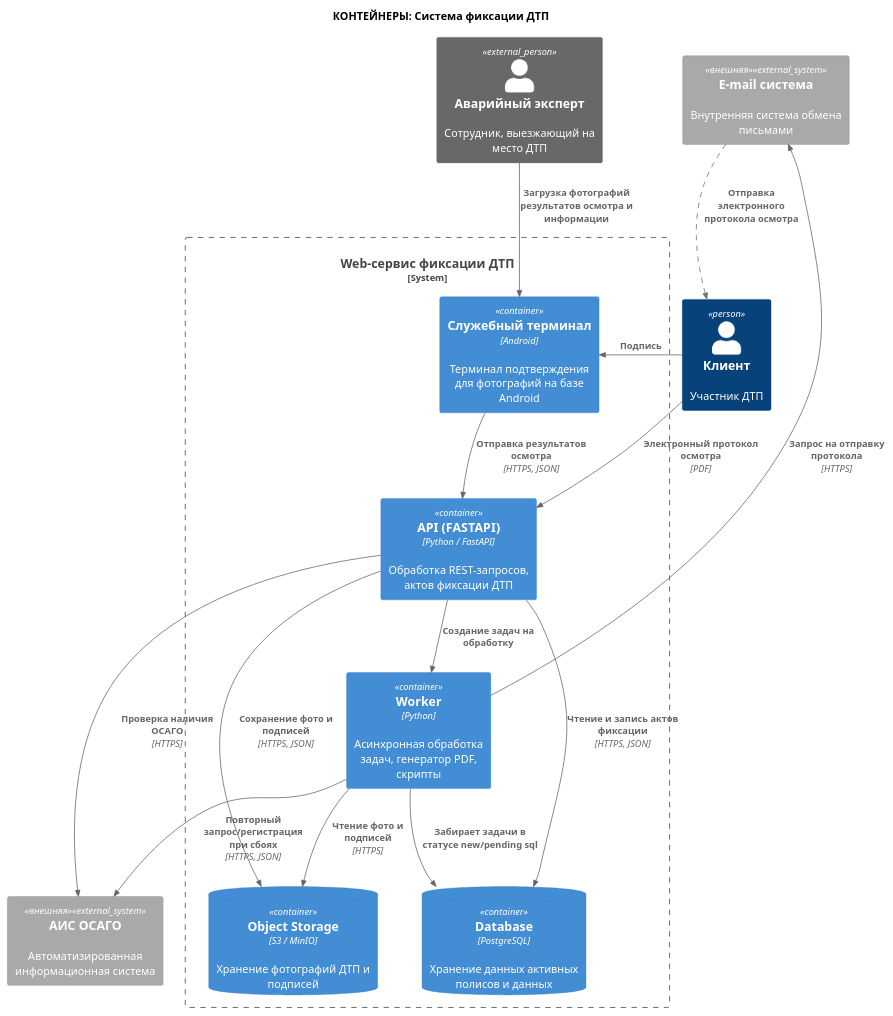
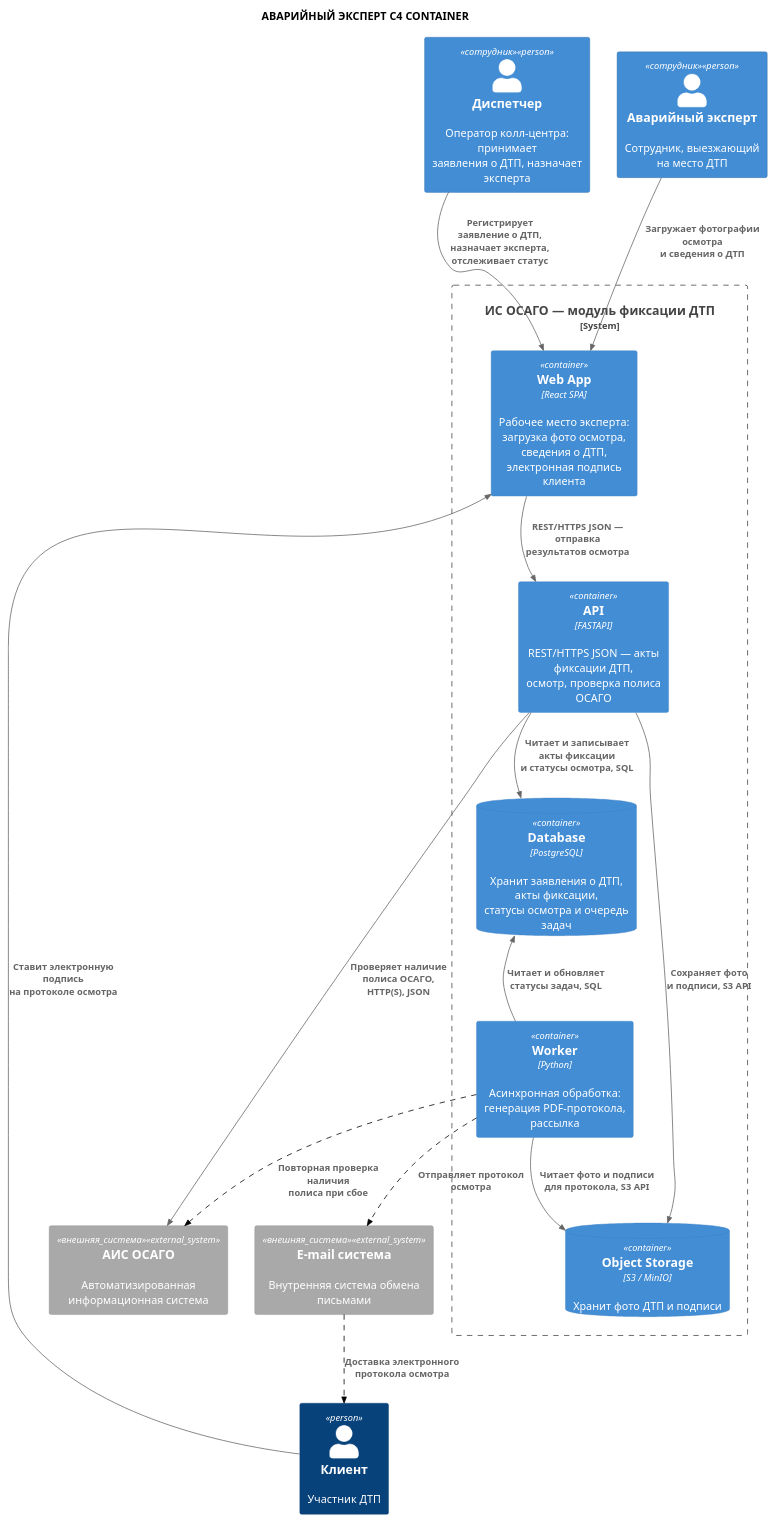
Before and after one commit to ElectricLight-ELO/Insurance-system: the diagram in docs_and_diagrams/Dima/container.puml, drawn with PlantUML. The commit also changed other lines of this file and 2 other files, not shown here.

Commit message:
container - emergency expert

```diff
--- a/docs_and_diagrams/Dima/container.puml
+++ b/docs_and_diagrams/Dima/container.puml
@@ -2,58 +1,90 @@
 @startuml
 !include https://raw.githubusercontent.com/plantuml-stdlib/C4-PlantUML/master/C4_Container.puml
- 
-title КОНТЕЙНЕРЫ: Система фиксации ДТП
- 
-' Настройка цветов для внешних систем (серый)
-AddSystemTag("внешняя", $bgColor="#A9A9A9", $borderColor="#8A8A8A")
- 
-' Явно определяем тег для пунктирной линии
-AddRelTag("пунктир", $lineStyle = DashedLine(), $lineColor = "#707070")
- 
-' === ВНЕШНИЕ УЧАСТНИКИ И СИСТЕМЫ ===
- 
-Person_Ext(expert, "Аварийный эксперт", "Сотрудник, выезжающий на место ДТП")
+
+title АВАРИЙНЫЙ ЭКСПЕРТ C4 CONTAINER
+
+' === НАСТРОЙКА ЦВЕТОВ (как в Context) ===
+AddSystemTag("внешняя_система", $bgColor="#A9A9A9", $borderColor="#8A8A8A", $fontColor="#FFFFFF")
+AddPersonTag("сотрудник", $bgColor="#438DD5", $borderColor="#316CA5", $fontColor="#FFFFFF")
+AddRelTag("пунктир", $lineStyle = DashedLine(), $lineColor = "#000000")
+
+' === ЭЛЕМЕНТЫ ===
+
+Person(dispatcher, "Диспетчер", "Оператор колл-центра: принимает\nзаявления о ДТП, назначает эксперта", $tags="сотрудник")
+Person(expert, "Аварийный эксперт", "Сотрудник, выезжающий\nна место ДТП", $tags="сотрудник")
 Person(client, "Клиент", "Участник ДТП")
- 
-System_Ext(ais_osago, "АИС ОСАГО", "Автоматизированная информационная система", $tags="внешняя")
-System_Ext(email_sys, "E-mail система", "Внутренняя система обмена письмами", $tags="внешняя")
- 
-' === ГРАНИЦЫ СИСТЕМЫ ===
- 
-System_Boundary(fixation_system, "Web-сервис фиксации ДТП") {
- 
-    Container(terminal, "Служебный терминал", "Android", "Терминал подтверждения для фотографий на базе Android")
- 
-    Container(api, "API (FASTAPI)", "Python / FastAPI", "Обработка REST-запросов, актов фиксации ДТП")
- 
-    Container(worker, "Worker", "Python", "Асинхронная обработка задач, генератор PDF, скрипты")
-    
-    ContainerDb(object_storage, "Object Storage", "S3 / MinIO", "Хранение фотографий ДТП и подписей")
-    
-    ContainerDb(database, "Database", "PostgreSQL", "Хранение данных активных полисов и данных")
+
+' Центральный сервис (модуль фиксации ДТП в составе ИС ОСАГО)
+System_Boundary(fixation_system, "ИС ОСАГО — модуль фиксации ДТП") {
+
+    Container(web_app, "Web App", "React SPA", "Рабочее место эксперта: загрузка фото осмотра,\nсведения о ДТП, электронная подпись клиента")
+
+    Container(api, "API", "FASTAPI", "REST/HTTPS JSON — акты фиксации ДТП,\nосмотр, проверка полиса ОСАГО")
+
+    Container(worker, "Worker", "Python", "Асинхронная обработка:\nгенерация PDF-протокола, рассылка")
+
+    ContainerDb(database, "Database", "PostgreSQL", "Хранит заявления о ДТП, акты фиксации,\nстатусы осмотра и очередь задач")
+
+    ContainerDb(object_storage, "Object Storage", "S3 / MinIO", "Хранит фото ДТП и подписи")
 }
- 
+
+' Внешние системы (серые)
+System_Ext(ais_osago, "АИС ОСАГО", "Автоматизированная информационная система", $tags="внешняя_система")
+System_Ext(email_sys, "E-mail система", "Внутренняя система обмена письмами", $tags="внешняя_система")
+
 ' === СВЯЗИ ===
- 
-' Внешние взаимодействия
-Rel(expert, terminal, "Загрузка фотографий\nрезультатов осмотра и информации")
-Rel(client, terminal, "Подпись")
-Rel(client, api, "Электронный протокол осмотра", "PDF")
- 
-' Внутренние взаимодействия (внутри системы)
-Rel(terminal, api, "Отправка результатов осмотра", "HTTPS, JSON")
-Rel(api, object_storage, "Сохранение фото и подписей", "HTTPS, JSON")
-Rel(api, worker, "Создание задач на обработку")
-Rel(api, database, "Чтение и запись актов фиксации", "HTTPS, JSON")
-Rel(api, ais_osago, "Проверка наличия ОСАГО", "HTTPS")
- 
-' Взаимодействия Worker
-Rel(worker, database, "Забирает задачи в статусе new/pending sql")
-Rel(worker, object_storage, "Чтение фото и подписей", "HTTPS")
-Rel(worker, ais_osago, "Повторный запрос/регистрация при сбоях", "HTTPS, JSON")
-Rel(worker, email_sys, "Запрос на отправку протокола", "HTTPS")
- 
-' ПУНКТИРНАЯ стрелка от E-mail системы к Клиенту
-Rel(email_sys, client, "Отправка электронного протокола осмотра", $tags="пунктир")
- 
+
+' Диспетчер -> Web App
+Rel(dispatcher, web_app, "Регистрирует заявление о ДТП,\nназначает эксперта, отслеживает статус")
+
+' Аварийный эксперт -> Web App
+Rel(expert, web_app, "Загружает фотографии осмотра\nи сведения о ДТП")
+
+' Клиент -> Web App (подпись протокола на планшете эксперта)
+Rel(client, web_app, "Ставит электронную подпись\nна протоколе осмотра")
+
+' Web App -> API
+Rel(web_app, api, "REST/HTTPS JSON — отправка\nрезультатов осмотра")
+
+' API -> Database
+Rel(api, database, "Читает и записывает акты фиксации\nи статусы осмотра, SQL")
+
+' API -> Object Storage
+Rel(api, object_storage, "Сохраняет фото\nи подписи, S3 API")
+
+' API -> АИС ОСАГО
+Rel(api, ais_osago, "Проверяет наличие полиса ОСАГО,\nHTTP(S), JSON")
+
+' Worker -> Database (поллинг очереди задач)
+Rel(worker, database, "Читает и обновляет\nстатусы задач, SQL")
+
+' Worker -> Object Storage
+Rel(worker, object_storage, "Читает фото и подписи\nдля протокола, S3 API")
+
+' Worker -> АИС ОСАГО (пунктир — повтор при сбое)
+Rel(worker, ais_osago, "Повторная проверка наличия\nполиса при сбое", $tags="пунктир")
+
+' Worker -> E-mail система (пунктир)
+Rel(worker, email_sys, "Отправляет протокол\nосмотра", $tags="пунктир")
+
+' E-mail система -> Клиент (пунктир)
+Rel(email_sys, client, "Доставка электронного\nпротокола осмотра", $tags="пунктир")
+
+' === УПРАВЛЕНИЕ LAYOUT (скрытые связи) ===
+
+' Три актора сверху в ряд
+dispatcher -[hidden]right- expert
+expert -[hidden]right- client
+dispatcher -[hidden]down- web_app
+
+' Контейнеры внутри boundary
+web_app -[hidden]down- api
+api -[hidden]down- database
+database -[hidden]right- object_storage
+database -[hidden]down- worker
+
+' Внешние системы внизу
+fixation_system -[hidden]down- ais_osago
+ais_osago -[hidden]right- email_sys
+
 @enduml
```
